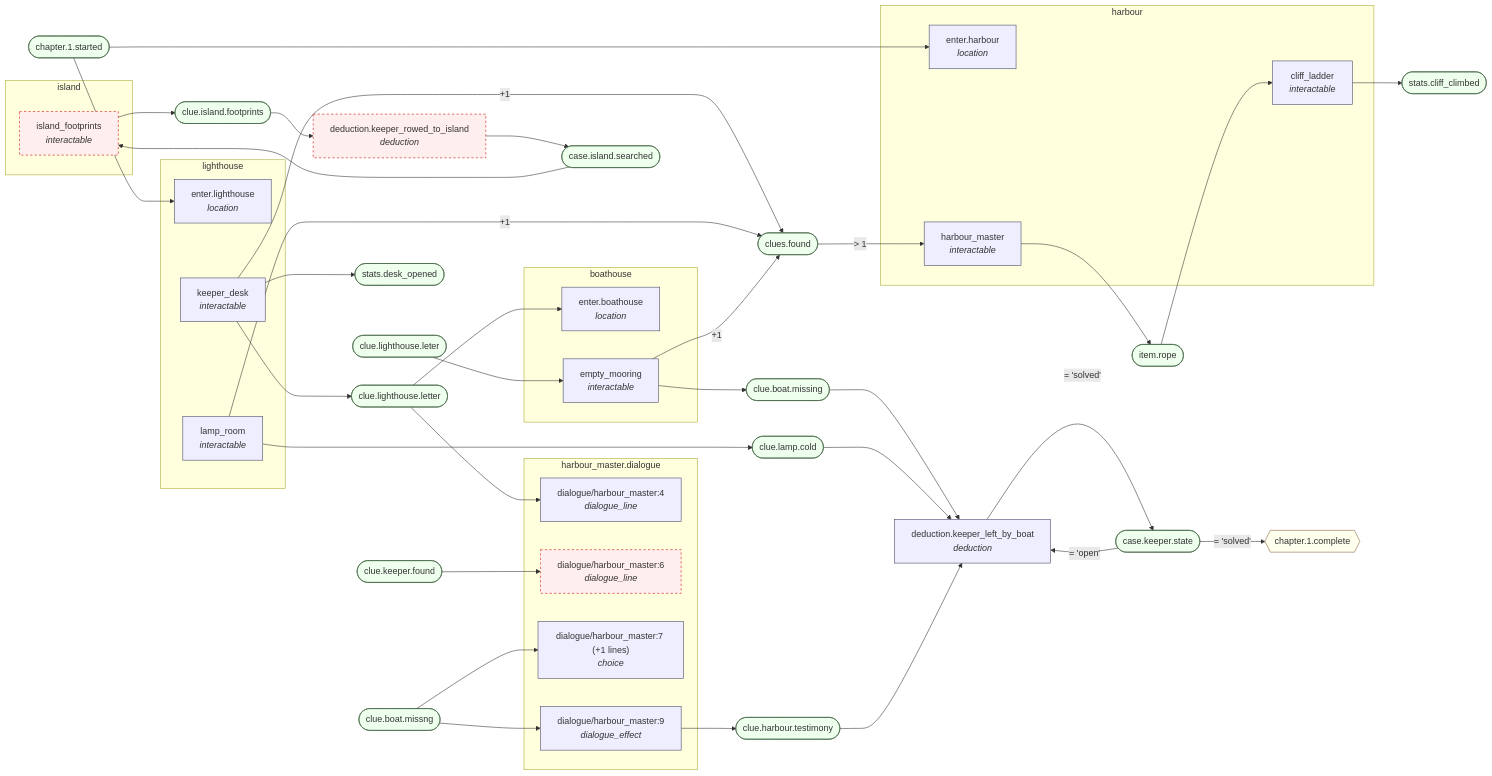
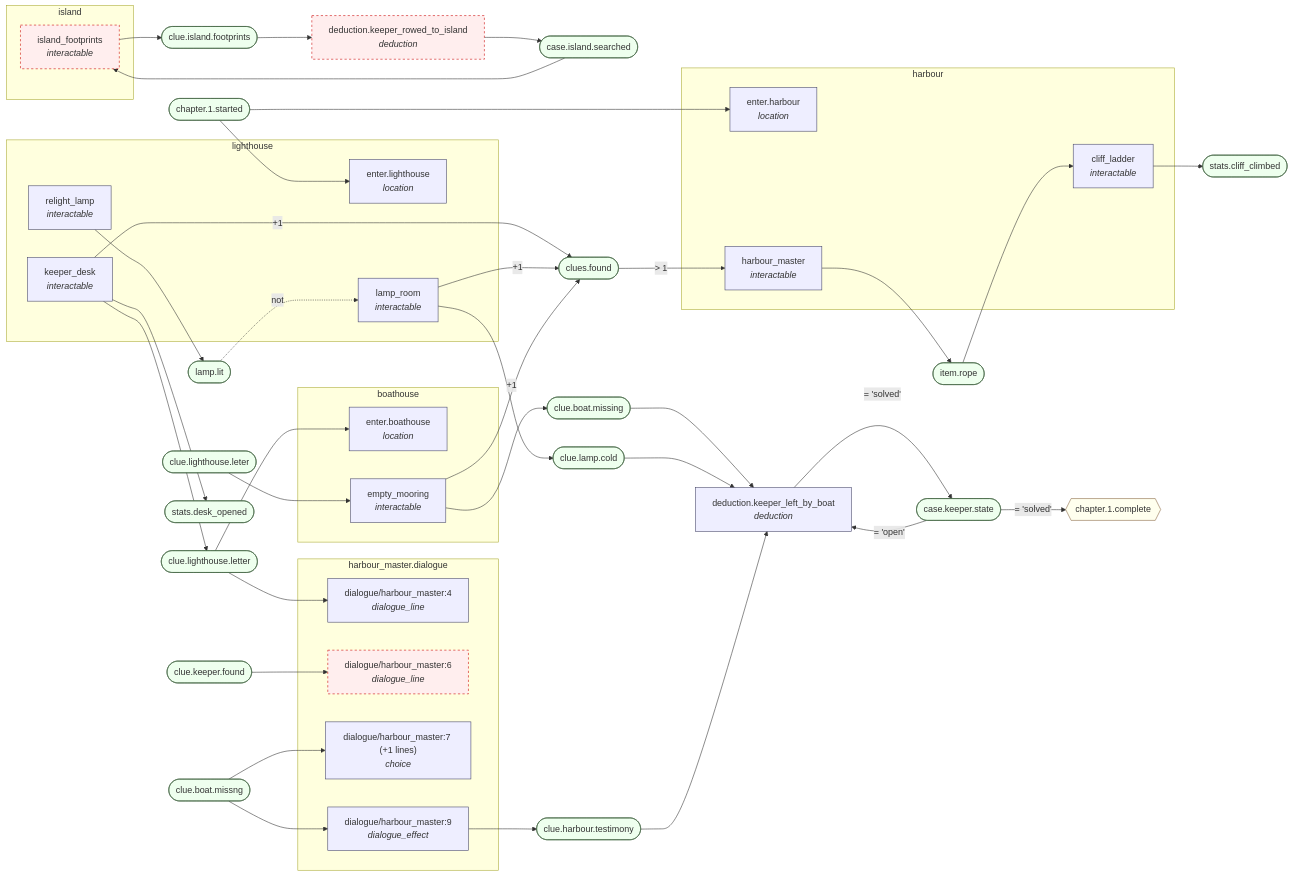
The diagram in examples/lighthouse/chapter1.md (kirillito/factgraph), drawn with Mermaid before and after one commit. The commit also changed 9 other files, not shown here.

````diff
--- a/examples/lighthouse/chapter1.md
+++ b/examples/lighthouse/chapter1.md
@@ -5,78 +5,82 @@
 ```mermaid
 flowchart LR
   subgraph g1["harbour_master.dialogue"]
     n1["dialogue/harbour_master:4<br/><i>dialogue_line</i>"]:::beat
     n2["dialogue/harbour_master:6<br/><i>dialogue_line</i>"]:::unreachable
     n3["dialogue/harbour_master:7 (+1 lines)<br/><i>choice</i>"]:::beat
     n4["dialogue/harbour_master:9<br/><i>dialogue_effect</i>"]:::beat
   end
   subgraph g2["harbour"]
     n5["enter.harbour<br/><i>location</i>"]:::beat
     n6["harbour_master<br/><i>interactable</i>"]:::beat
     n7["cliff_ladder<br/><i>interactable</i>"]:::beat
   end
   subgraph g3["lighthouse"]
     n8["enter.lighthouse<br/><i>location</i>"]:::beat
     n9["keeper_desk<br/><i>interactable</i>"]:::beat
     n10["lamp_room<br/><i>interactable</i>"]:::beat
+    n11["relight_lamp<br/><i>interactable</i>"]:::beat
   end
   subgraph g4["boathouse"]
-    n11["enter.boathouse<br/><i>location</i>"]:::beat
-    n12["empty_mooring<br/><i>interactable</i>"]:::beat
+    n12["enter.boathouse<br/><i>location</i>"]:::beat
+    n13["empty_mooring<br/><i>interactable</i>"]:::beat
   end
   subgraph g5["island"]
-    n13["island_footprints<br/><i>interactable</i>"]:::unreachable
+    n14["island_footprints<br/><i>interactable</i>"]:::unreachable
   end
-  n14["deduction.keeper_left_by_boat<br/><i>deduction</i>"]:::beat
-  n15["deduction.keeper_rowed_to_island<br/><i>deduction</i>"]:::unreachable
-  n16(["case.island.searched"]):::fact
-  n17(["case.keeper.state"]):::fact
-  n18(["chapter.1.started"]):::fact
-  n19(["clue.boat.missing"]):::fact
-  n20(["clue.boat.missng"]):::fact
-  n21(["clue.harbour.testimony"]):::fact
-  n22(["clue.island.footprints"]):::fact
-  n23(["clue.keeper.found"]):::fact
-  n24(["clue.lamp.cold"]):::fact
-  n25(["clue.lighthouse.leter"]):::fact
-  n26(["clue.lighthouse.letter"]):::fact
-  n27(["clues.found"]):::fact
-  n28(["item.rope"]):::fact
-  n29(["stats.cliff_climbed"]):::fact
-  n30(["stats.desk_opened"]):::fact
-  n31{{"chapter.1.complete"}}:::goal
-  n4 --> n21
-  n9 --> n26
-  n9 -- "+1" --> n27
-  n9 --> n30
-  n10 --> n24
-  n10 -- "+1" --> n27
-  n12 --> n19
-  n12 -- "+1" --> n27
-  n6 --> n28
-  n7 --> n29
-  n13 --> n22
-  n14 -- "= 'solved'" --> n17
-  n15 --> n16
-  n26 --> n1
-  n23 --> n2
-  n20 --> n3
-  n20 --> n4
-  n18 --> n5
-  n18 --> n8
-  n26 --> n11
-  n25 --> n12
-  n27 -- "> 1" --> n6
-  n28 --> n7
-  n16 --> n13
-  n19 --> n14
-  n24 --> n14
-  n21 --> n14
-  n17 -- "= 'open'" --> n14
+  n15["deduction.keeper_left_by_boat<br/><i>deduction</i>"]:::beat
+  n16["deduction.keeper_rowed_to_island<br/><i>deduction</i>"]:::unreachable
+  n17(["case.island.searched"]):::fact
+  n18(["case.keeper.state"]):::fact
+  n19(["chapter.1.started"]):::fact
+  n20(["clue.boat.missing"]):::fact
+  n21(["clue.boat.missng"]):::fact
+  n22(["clue.harbour.testimony"]):::fact
+  n23(["clue.island.footprints"]):::fact
+  n24(["clue.keeper.found"]):::fact
+  n25(["clue.lamp.cold"]):::fact
+  n26(["clue.lighthouse.leter"]):::fact
+  n27(["clue.lighthouse.letter"]):::fact
+  n28(["clues.found"]):::fact
+  n29(["item.rope"]):::fact
+  n30(["lamp.lit"]):::fact
+  n31(["stats.cliff_climbed"]):::fact
+  n32(["stats.desk_opened"]):::fact
+  n33{{"chapter.1.complete"}}:::goal
+  n4 --> n22
+  n9 --> n27
+  n9 -- "+1" --> n28
+  n9 --> n32
+  n10 --> n25
+  n10 -- "+1" --> n28
+  n13 --> n20
+  n13 -- "+1" --> n28
+  n6 --> n29
+  n7 --> n31
+  n14 --> n23
+  n11 --> n30
+  n15 -- "= 'solved'" --> n18
+  n16 --> n17
+  n27 --> n1
+  n24 --> n2
+  n21 --> n3
+  n21 --> n4
+  n19 --> n5
+  n19 --> n8
+  n27 --> n12
+  n30 -. "not" .-> n10
+  n26 --> n13
+  n28 -- "> 1" --> n6
+  n29 --> n7
+  n17 --> n14
+  n20 --> n15
+  n25 --> n15
   n22 --> n15
-  n17 -- "= 'solved'" --> n31
+  n18 -- "= 'open'" --> n15
+  n23 --> n16
+  n18 -- "= 'solved'" --> n33
   classDef beat fill:#eef,stroke:#446
   classDef fact fill:#efe,stroke:#464
   classDef goal fill:#ffe,stroke:#864
   classDef unreachable fill:#fee,stroke:#c00,stroke-dasharray:4
 ```
````
